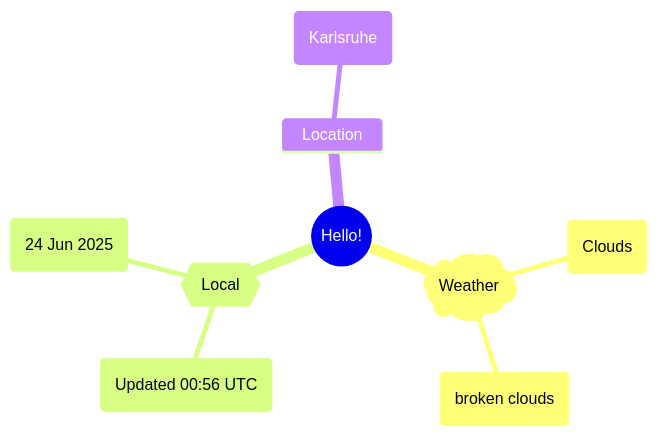
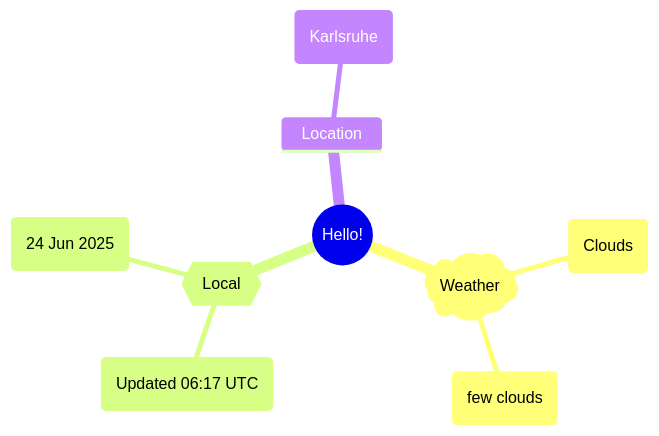
One commit to Xosrov/Xosrov changed the first of 2 diagrams in README.md. Above: the diagram before and after it, drawn with Mermaid.

Commit message:
[bot] updated images

````diff
--- a/README.md
+++ b/README.md
@@ -3,12 +3,12 @@
 ```mermaid
 mindmap
   root((Hello!))
     )Weather(
         (Clouds)
-        (broken clouds)
+        (few clouds)
     {{Local}}
-        (Updated 00:56 UTC)
+        (Updated 06:17 UTC)
         (24 Jun 2025)
     Location
         (Karlsruhe)
 ```
````
